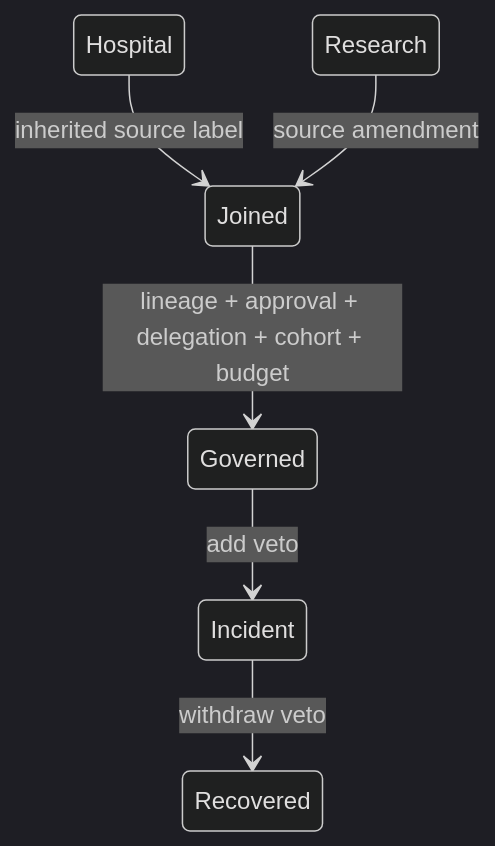
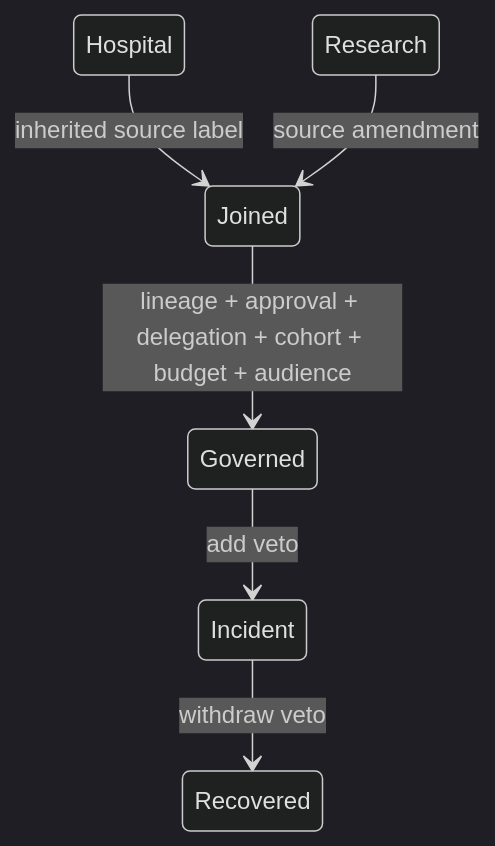
The diagram in Examples/Health/Pseudonymization/AgentDisclosure.org (tao3k/cedar-poo-spec), drawn with Mermaid (dark theme) before and after one commit. The commit also changed other lines of this file and 5 other files, not shown here.

```diff
--- a/Examples/Health/Pseudonymization/AgentDisclosure.org
+++ b/Examples/Health/Pseudonymization/AgentDisclosure.org
@@ -42,8 +49,8 @@
 #+begin_src mermaid
 stateDiagram-v2
     Hospital --> Joined: inherited source label
     Research --> Joined: source amendment
-    Joined --> Governed: lineage + approval + delegation + cohort + budget
+    Joined --> Governed: lineage + approval + delegation + cohort + budget + audience
     Governed --> Incident: add veto
     Incident --> Recovered: withdraw veto
 #+end_src
```
